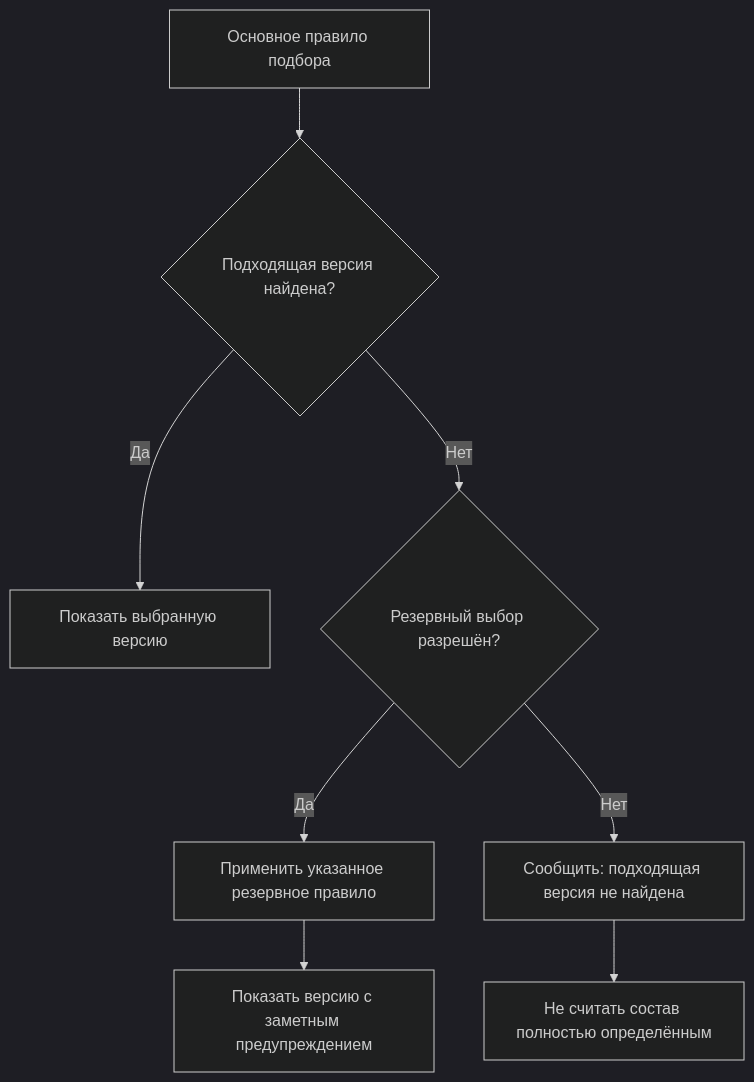
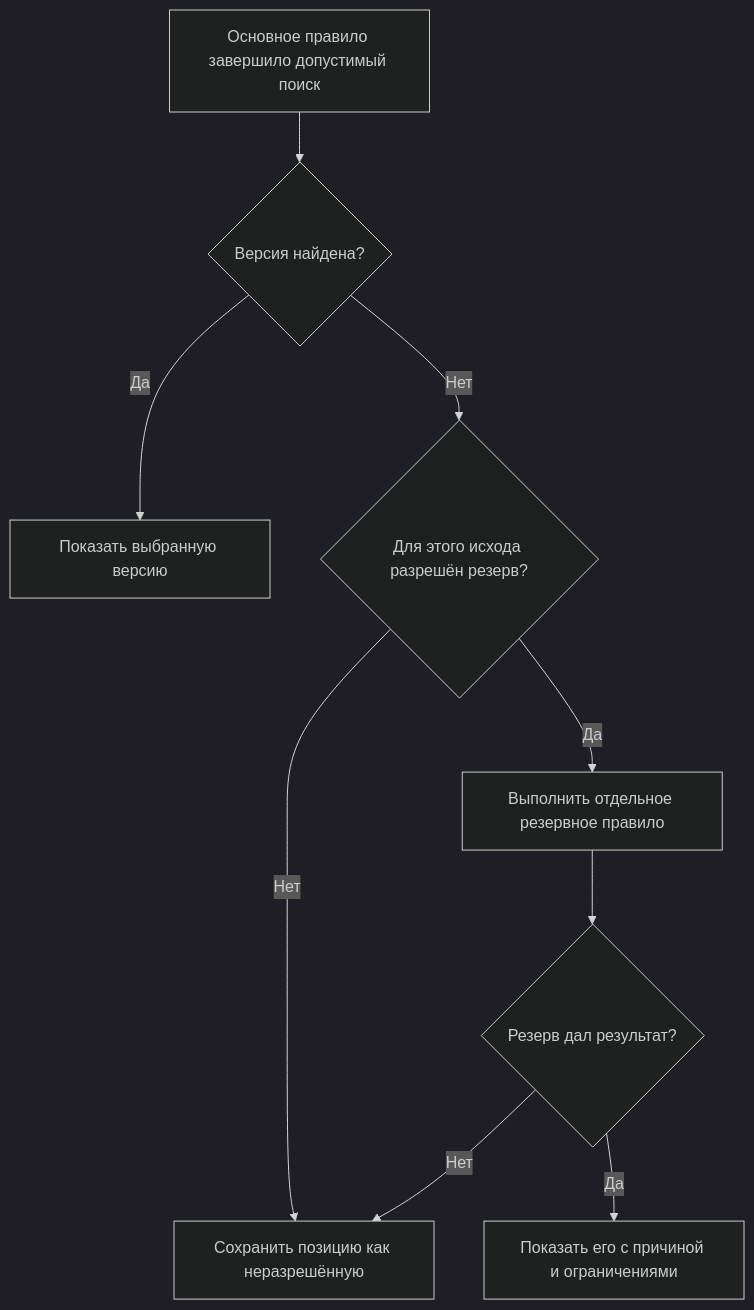
The diagram in wiki/Selection-no-match.md (ZelAnton/Interlink-product-book), drawn with Mermaid (dark theme) before and after one commit. The commit also changed other lines of this file and 231 other files, not shown here.

````diff
--- a/wiki/Selection-no-match.md
+++ b/wiki/Selection-no-match.md
@@ -22,10 +27,11 @@
 ```mermaid
 flowchart TD
-    A["Основное правило подбора"] --> B{"Подходящая версия найдена?"}
+    A["Основное правило завершило допустимый поиск"] --> B{"Версия найдена?"}
     B -->|Да| C["Показать выбранную версию"]
-    B -->|Нет| D{"Резервный выбор разрешён?"}
-    D -->|Да| E["Применить указанное резервное правило"]
-    E --> F["Показать версию с заметным предупреждением"]
-    D -->|Нет| G["Сообщить: подходящая версия не найдена"]
-    G --> H["Не считать состав полностью определённым"]
+    B -->|Нет| D{"Для этого исхода разрешён резерв?"}
+    D -->|Нет| E["Сохранить позицию как неразрешённую"]
+    D -->|Да| F["Выполнить отдельное резервное правило"]
+    F --> G{"Резерв дал результат?"}
+    G -->|Да| H["Показать его с причиной и ограничениями"]
+    G -->|Нет| E
 ```
````
